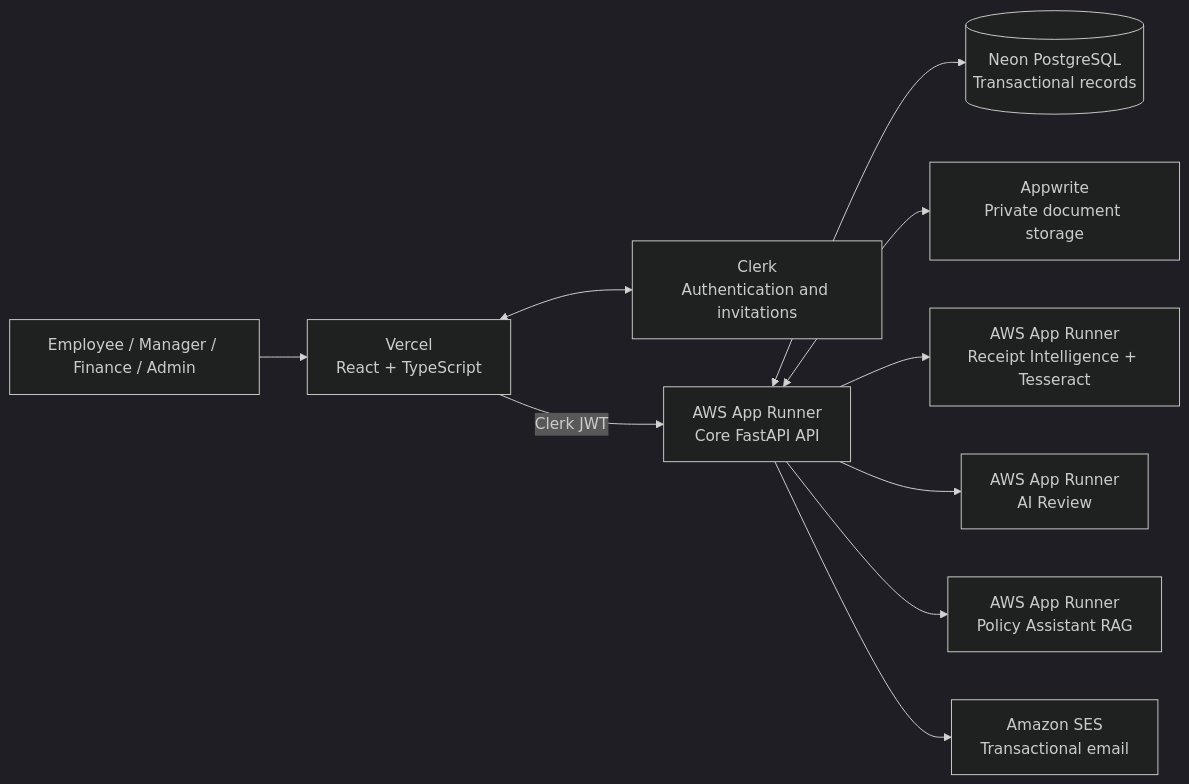
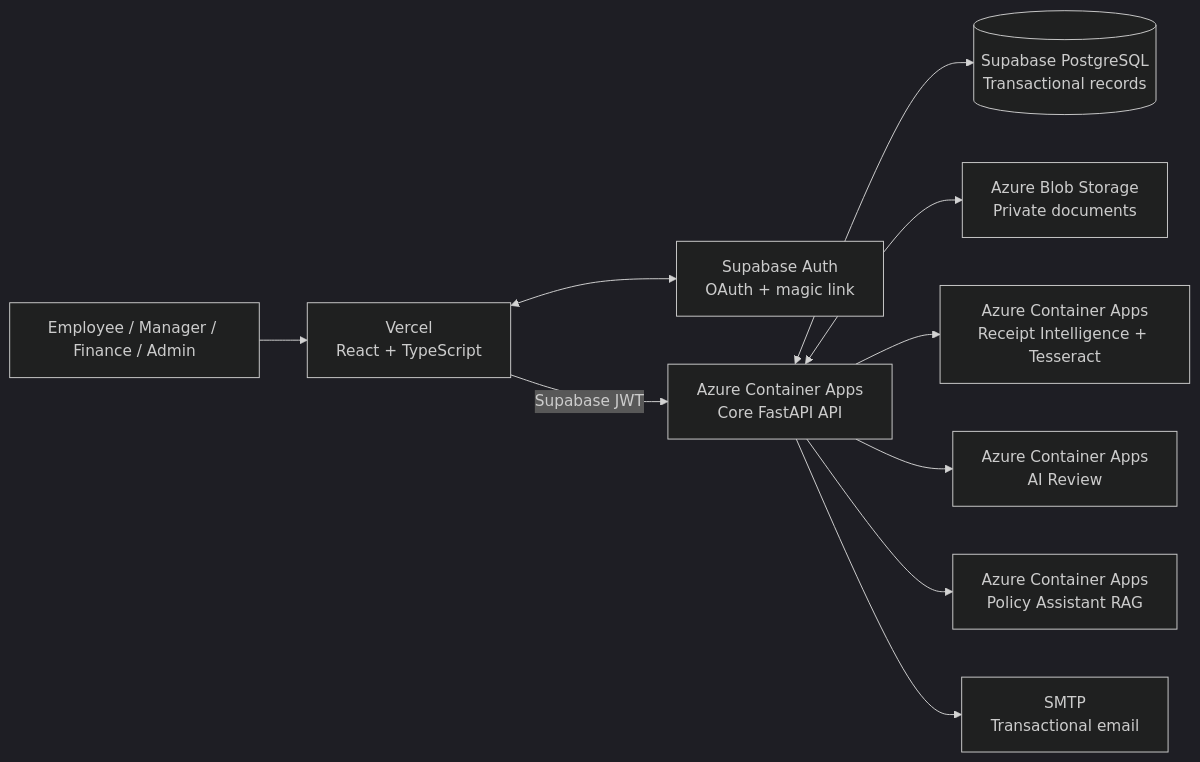
One commit to Shreesh-Sree/presidio_reimbursement_approval_tool changed the first of 5 diagrams in README.md. Above: the diagram before and after it, drawn with Mermaid (dark theme). The commit also changed other lines of this file, not shown here.

First line of the commit message:
docs: rewrite README for current architecture

````diff
--- a/README.md
+++ b/README.md
@@ -48,23 +46,23 @@
 ```mermaid
 flowchart LR
     User[Employee / Manager / Finance / Admin]
     Web[Vercel\nReact + TypeScript]
-    Clerk[Clerk\nAuthentication and invitations]
-    API[AWS App Runner\nCore FastAPI API]
-    Neon[(Neon PostgreSQL\nTransactional records)]
-    Files[Appwrite\nPrivate document storage]
-    OCR[AWS App Runner\nReceipt Intelligence + Tesseract]
-    Review[AWS App Runner\nAI Review]
-    RAG[AWS App Runner\nPolicy Assistant RAG]
-    Mail[Amazon SES\nTransactional email]
+    Auth[Supabase Auth\nOAuth + magic link]
+    API[Azure Container Apps\nCore FastAPI API]
+    DB[(Supabase PostgreSQL\nTransactional records)]
+    Files[Azure Blob Storage\nPrivate documents]
+    OCR[Azure Container Apps\nReceipt Intelligence + Tesseract]
+    Review[Azure Container Apps\nAI Review]
+    RAG[Azure Container Apps\nPolicy Assistant RAG]
+    Mail[SMTP\nTransactional email]
 
     User --> Web
-    Web <--> Clerk
-    Web -->|Clerk JWT| API
-    API <--> Neon
+    Web <--> Auth
+    Web -->|Supabase JWT| API
+    API <--> DB
     API <--> Files
     API --> OCR
     API --> Review
     API --> RAG
     API --> Mail
 ```
````
